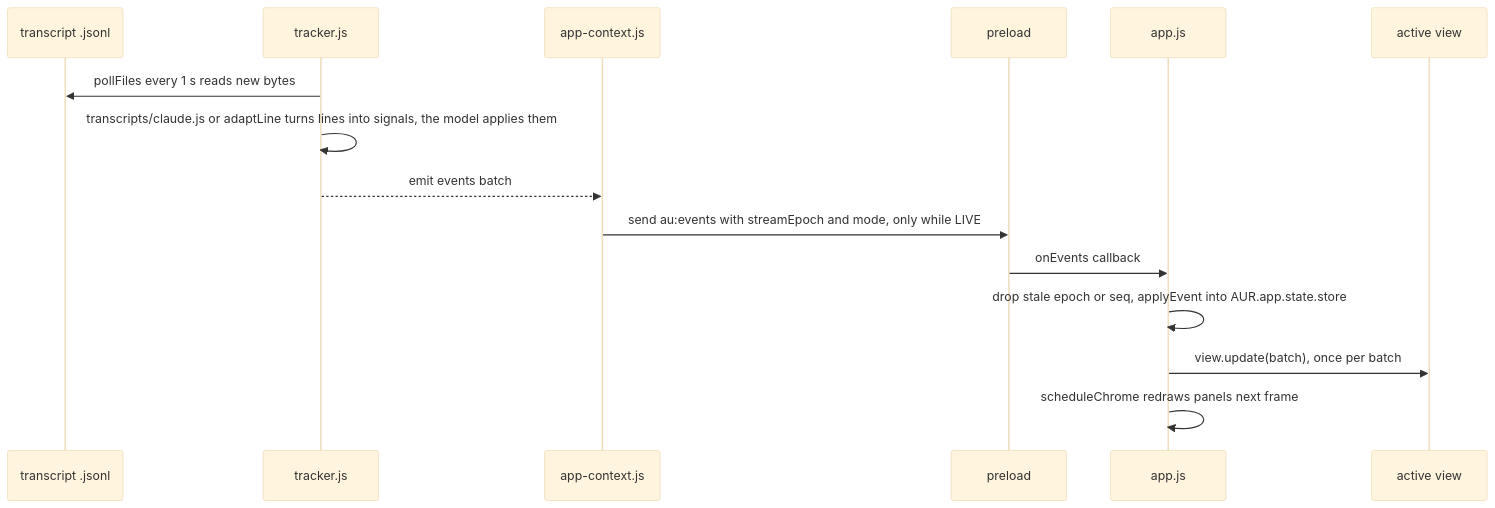
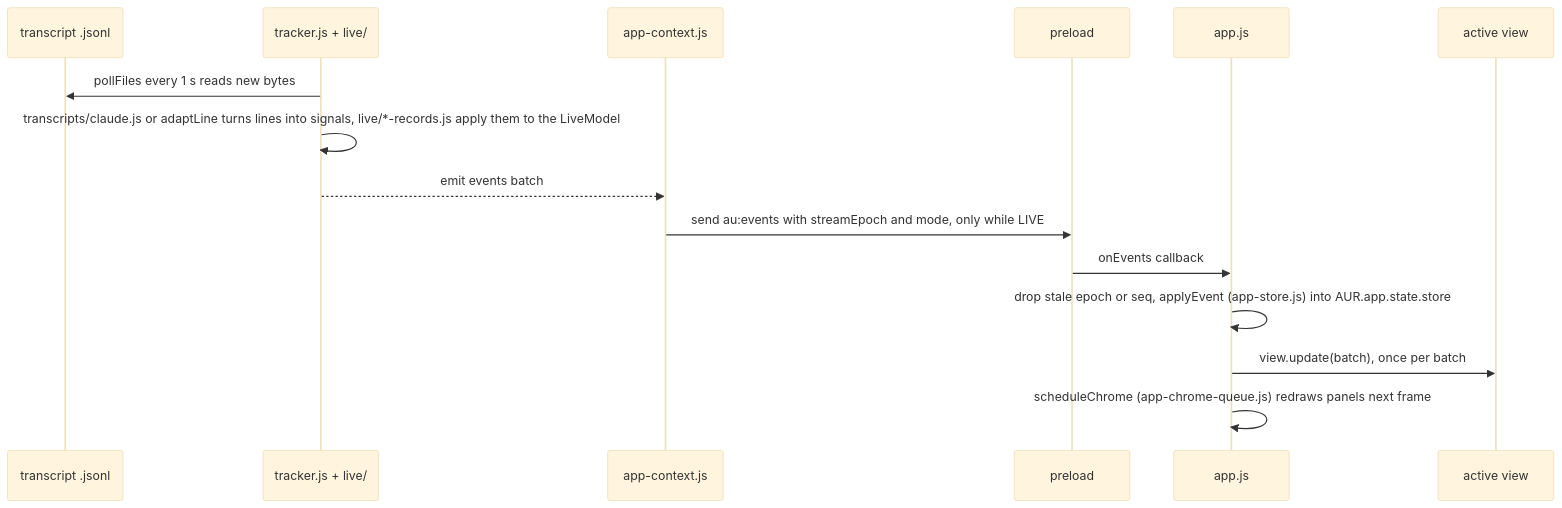
Before and after one commit to MatthewNorton/agent-orrery: the second of 4 diagrams in .docs/architecture.md, drawn with Mermaid (base theme). The commit also changed other lines of this file and 1 other file, not shown here.

First line of the commit message:
docs: architecture map for the live/, history/, universe/ and renderer splits

````diff
--- a/.docs/architecture.md
+++ b/.docs/architecture.md
@@ -284,17 +315,17 @@
 ```mermaid
 sequenceDiagram
   participant F as transcript .jsonl
-  participant T as tracker.js
+  participant T as tracker.js + live/
   participant C as app-context.js
   participant P as preload
   participant A as app.js
   participant V as active view
   T->>F: pollFiles every 1 s reads new bytes
-  T->>T: transcripts/claude.js or adaptLine turns lines into signals, the model applies them
+  T->>T: transcripts/claude.js or adaptLine turns lines into signals, live/*-records.js apply them to the LiveModel
   T-->>C: emit events batch
   C->>P: send au:events with streamEpoch and mode, only while LIVE
   P->>A: onEvents callback
-  A->>A: drop stale epoch or seq, applyEvent into AUR.app.state.store
+  A->>A: drop stale epoch or seq, applyEvent (app-store.js) into AUR.app.state.store
   A->>V: view.update(batch), once per batch
-  A->>A: scheduleChrome redraws panels next frame
+  A->>A: scheduleChrome (app-chrome-queue.js) redraws panels next frame
 ```
````
